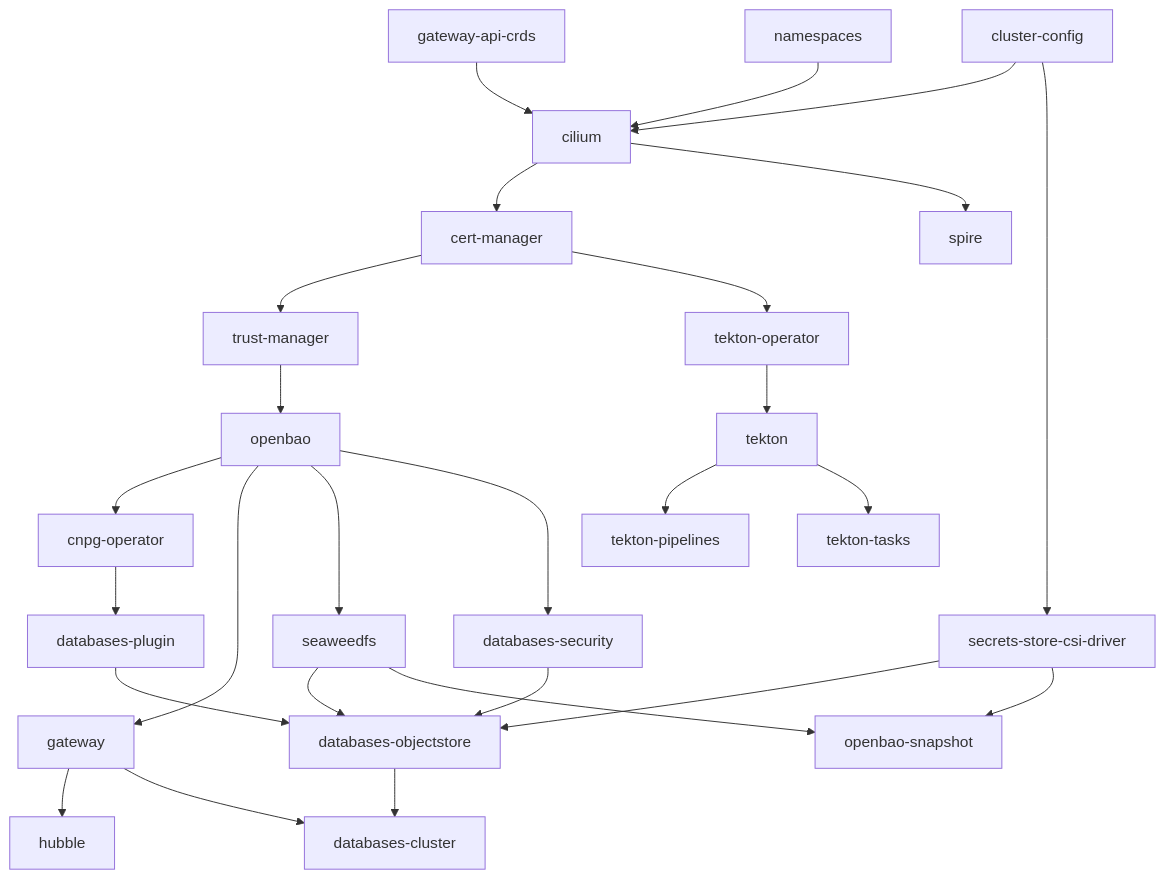
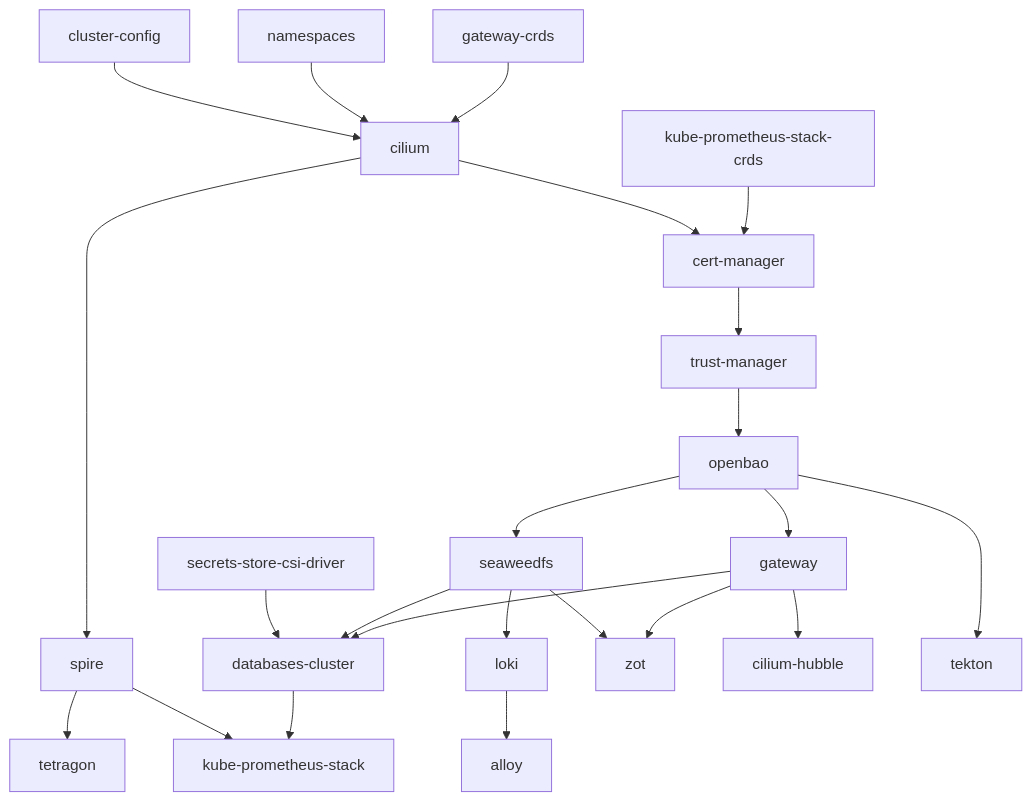
One commit to DragonBishop/data_science_cluster changed the diagram in docs/INSTALLATION.md. Above: the diagram before and after it, drawn with Mermaid. The commit also changed other lines of this file, not shown here.

Commit message:
docs(installation): update for Zot, Alloy, Tetragon and desktop trust prompt
Redraws the Flux dependency graph to include Zot, Loki, Alloy, Tetragon and SPIRE, replacing the verbose prose explanations with a Dependency Details section for the non-obvious edges. Expands Step 3 to cover the desktop and OpenBao CA trust prompt: what it installs, how to answer ahead of time, and what uninstall removes. Adds jq installation steps. Adds OCI registry images to the uninstall stores paragraph.

````diff
--- a/docs/INSTALLATION.md
+++ b/docs/INSTALLATION.md
@@ -483,39 +508,24 @@
 ```mermaid
 flowchart TD
-    %% Base Foundations
-    crds["gateway-api-crds"] --> cilium["cilium"]
-    ns["namespaces"] --> cilium
-    cc["cluster-config"] --> cilium
-
-    %% Core Services & PKI
-    cilium --> certmgr["cert-manager"]
-    certmgr --> trustmgr["trust-manager"]
-    trustmgr --> openbao["openbao"]
-    cilium --> spire["spire"]
-
-    %% Platform Services
-    openbao --> cnpg["cnpg-operator"]
-    cnpg --> plugin["databases-plugin"]
-
-    openbao --> gw["gateway"]
-    gw --> hubble["hubble"]
-
-    %% Applications
-    openbao --> seaweedfs["seaweedfs"]
-    cc --> csidriver["secrets-store-csi-driver"]
-    openbao --> security["databases-security"]
-    plugin --> objectstore["databases-objectstore"]
-    security --> objectstore
-    seaweedfs --> objectstore
-    csidriver --> objectstore
-    seaweedfs --> baosnapshot["openbao-snapshot"]
-    csidriver --> baosnapshot
-    objectstore --> dbcluster["databases-cluster"]
-    gw --> dbcluster
-
-    %% CI
-    certmgr --> tektonop["tekton-operator"]
-    tektonop --> tekton["tekton"]
-    tekton --> tektonpipelines["tekton-pipelines"]
-    tekton --> tektontasks["tekton-tasks"]
+    csi["secrets-store-csi-driver"] --> db["databases-cluster"]
+    cc["cluster-config"] --> cil["cilium"]
+    ns["namespaces"] --> cil
+    gcrds["gateway-crds"] --> cil
+    cil --> sp["spire"]
+    sp --> tet["tetragon"]
+    sp --> prom["kube-prometheus-stack"]
+    cil --> cm["cert-manager"]
+    pcrds["kube-prometheus-stack-crds"] --> cm
+    cm --> tm["trust-manager"] --> ob["openbao"]
+    ob --> sw["seaweedfs"]
+    sw --> loki["loki"] --> alloy["alloy"]
+    sw --> db
+    sw --> zot["zot"]
+    ob --> gw["gateway"]
+    gw --> hub["cilium-hubble"]
+    gw --> db
+    gw --> zot
+    db --> prom
+    gw ~~~ tek["tekton"]
+    ob --> tek
 ```
````
